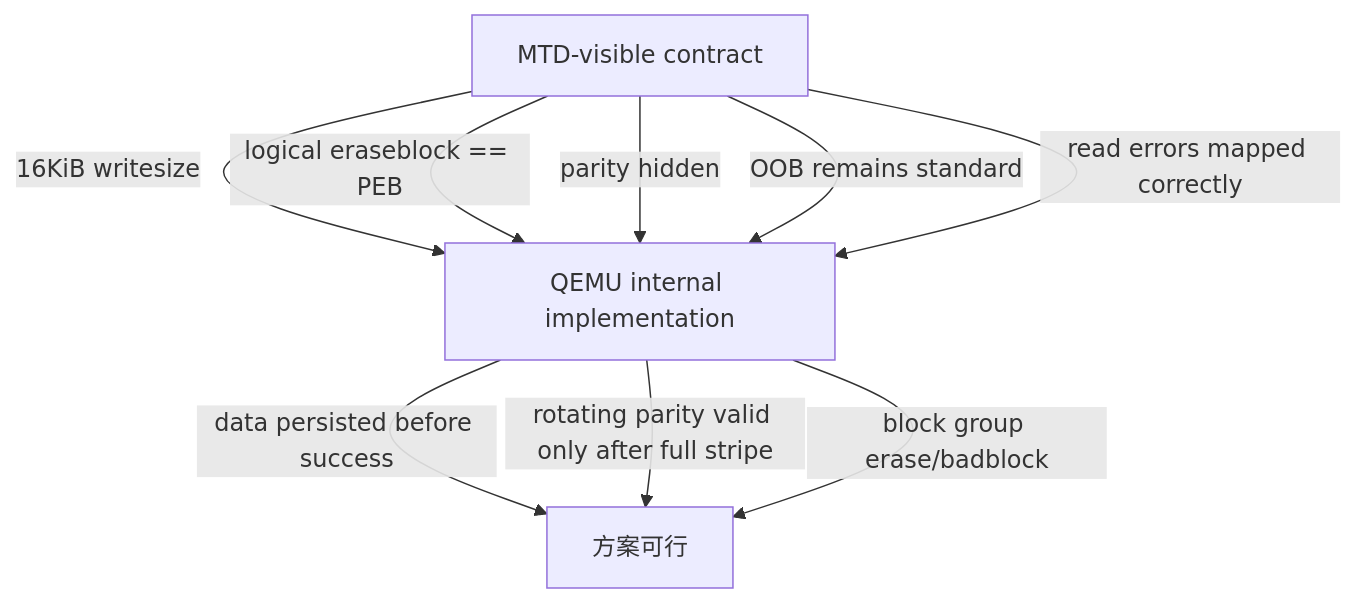
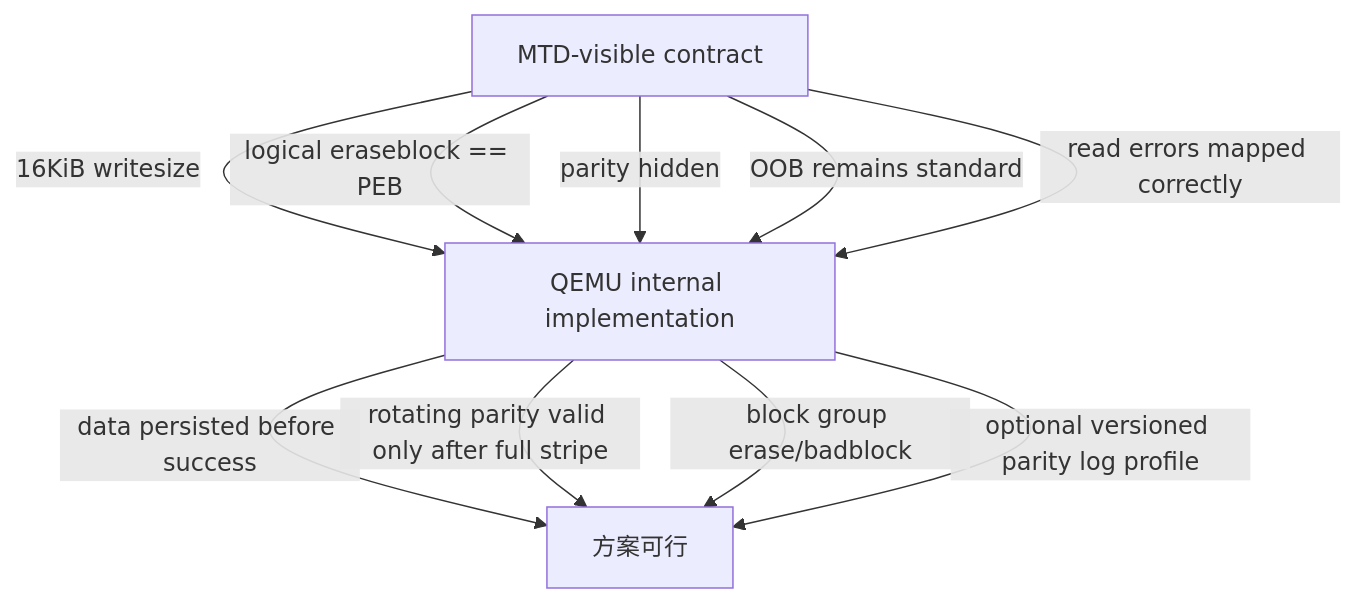
Diagram 25 of 26 in docs/qemu-3dnand-address-mapping.md (avenstar65/3dnand_test), drawn with Mermaid before and after one commit. The commit also changed other lines of this file and 2 other files, not shown here.

Commit message:
Document versioned parity log RAID scheme

````diff
--- a/docs/qemu-3dnand-address-mapping.md
+++ b/docs/qemu-3dnand-address-mapping.md
@@ -1166,15 +1350,16 @@
 ```mermaid
 flowchart TB
     MTD["MTD-visible contract"]
     QEMU["QEMU internal implementation"]
     OK["方案可行"]
 
     MTD -->|"16KiB writesize"| QEMU
     MTD -->|"logical eraseblock == PEB"| QEMU
     MTD -->|"parity hidden"| QEMU
     MTD -->|"OOB remains standard"| QEMU
     MTD -->|"read errors mapped correctly"| QEMU
     QEMU -->|"data persisted before success"| OK
     QEMU -->|"rotating parity valid only after full stripe"| OK
     QEMU -->|"block group erase/badblock"| OK
+    QEMU -->|"optional versioned parity log profile"| OK
 ```
````
